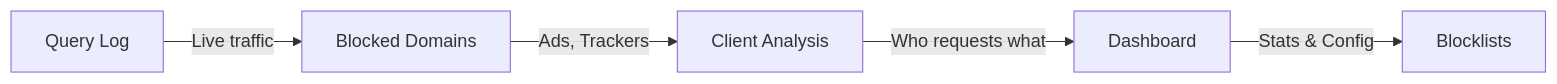
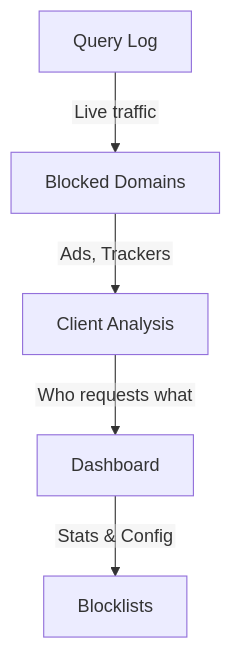
Before and after one commit to CodeHubOrg/intro-to-home-networking: the third of 4 diagrams in slides.md, drawn with Mermaid. The commit also changed other lines of this file and 7 other files, not shown here.

First line of the commit message:
feat: render Mermaid diagrams via Kroki at build time

````diff
--- a/slides.md
+++ b/slides.md
@@ -192,7 +190,8 @@
 ```mermaid
-graph LR
+%%{init: {"flowchart": {"htmlLabels": false}}}%%
+graph TD
     A["Query Log"] -->|Live traffic| B["Blocked Domains"]
     B -->|Ads, Trackers| C["Client Analysis"]
     C -->|Who requests what| D["Dashboard"]
     D -->|Stats & Config| E["Blocklists"]
 ```
````
